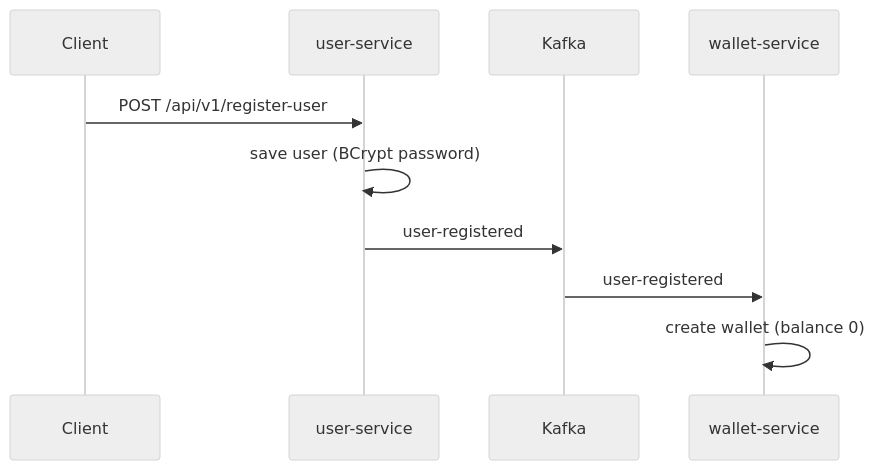
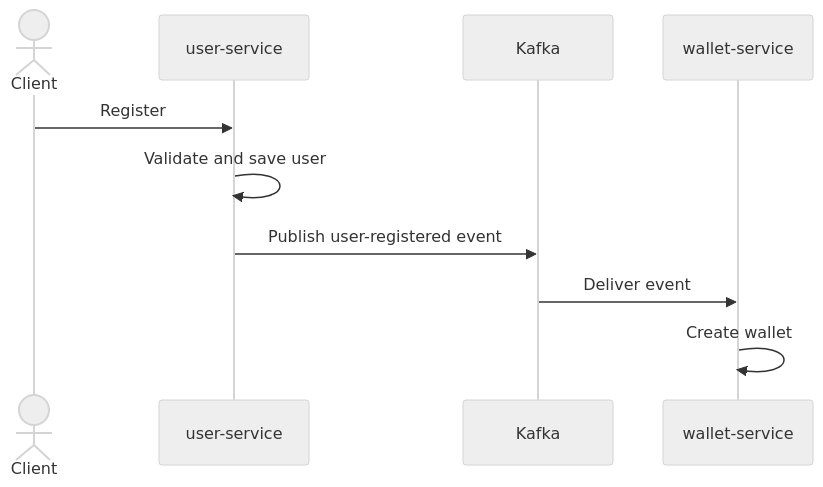
One commit to VASUSINH/PayMoney changed the second of 3 diagrams in README.md. Above: the diagram before and after it, drawn with Mermaid (neutral theme). The commit also changed other lines of this file and 1 other file, not shown here.

````diff
--- a/README.md
+++ b/README.md
@@ -98,12 +92,13 @@
 ```mermaid
 sequenceDiagram
-  participant C as Client
-  participant U as user-service
-  participant K as Kafka
-  participant W as wallet-service
-  C->>U: POST /api/v1/register-user
-  U->>U: save user (BCrypt password)
-  U->>K: user-registered
-  K->>W: user-registered
-  W->>W: create wallet (balance 0)
+    actor Client
+    participant User as user-service
+    participant Kafka
+    participant Wallet as wallet-service
+
+    Client->>User: Register
+    User->>User: Validate and save user
+    User->>Kafka: Publish user-registered event
+    Kafka->>Wallet: Deliver event
+    Wallet->>Wallet: Create wallet
 ```
````
